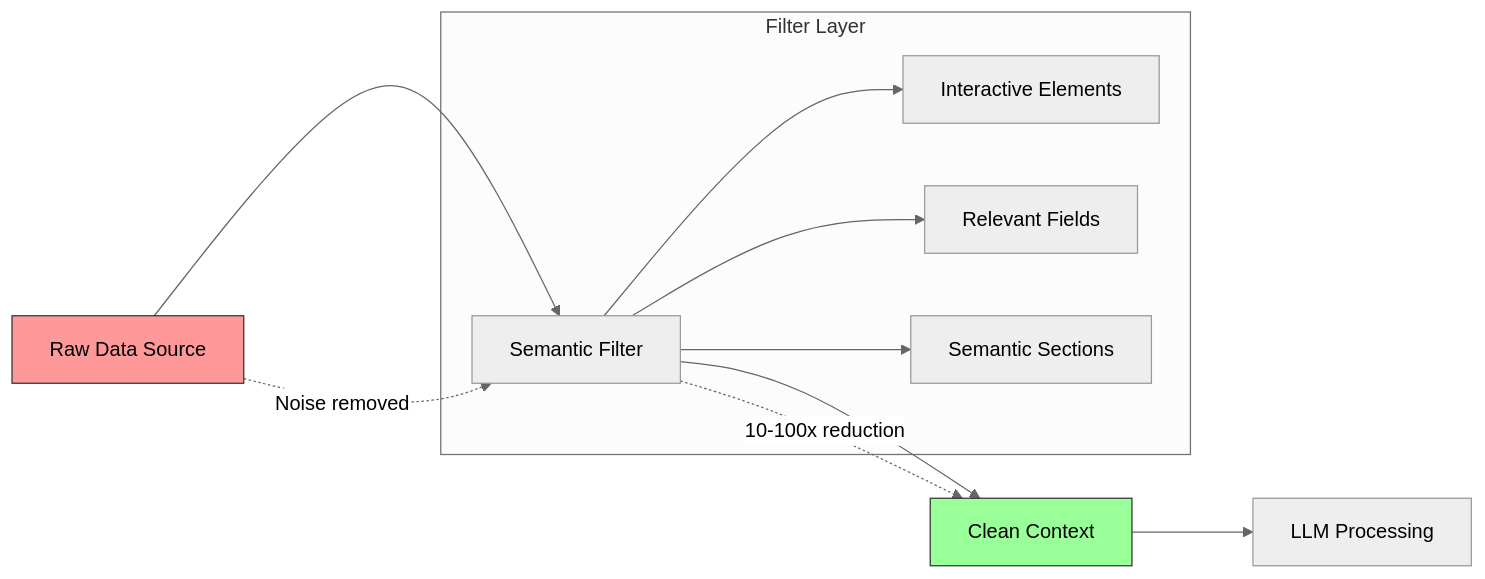
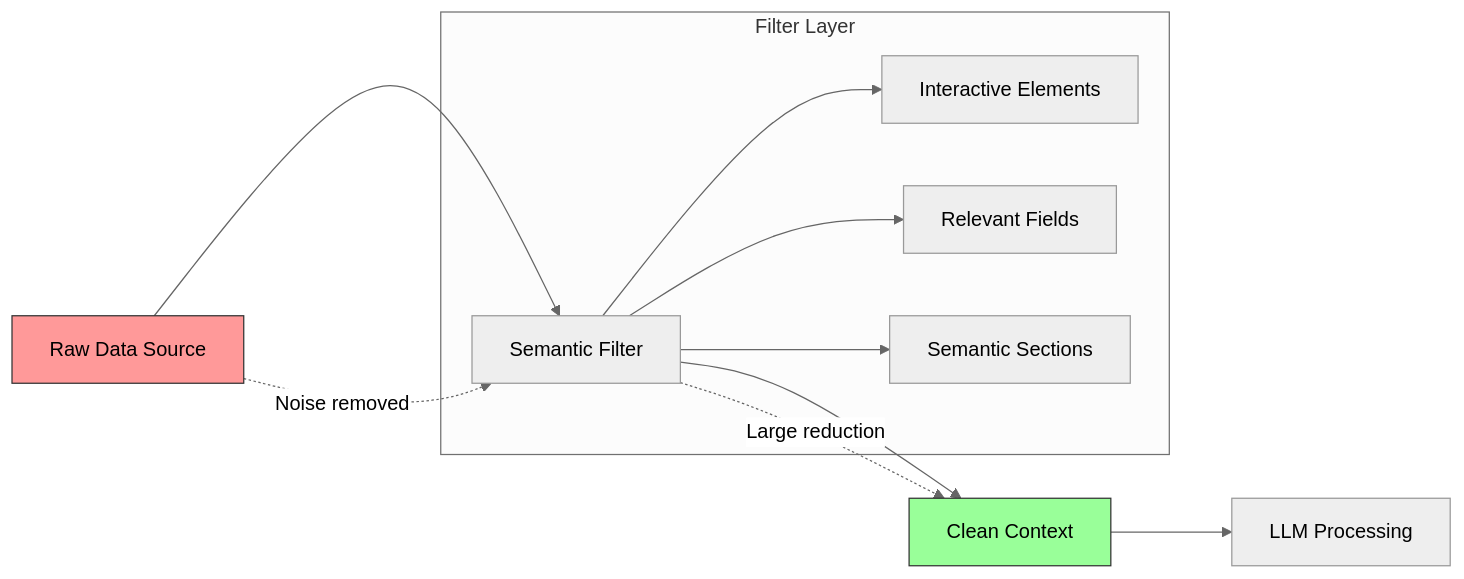
The diagram in patterns/semantic-context-filtering.md (nibzard/awesome-agentic-patterns), drawn with Mermaid (neutral theme) before and after one commit. The commit also changed other lines of this file and 66 other files, not shown here.

````diff
--- a/patterns/semantic-context-filtering.md
+++ b/patterns/semantic-context-filtering.md
@@ -236,19 +236,19 @@
 ```mermaid
 graph LR
     A[Raw Data Source] --> B[Semantic Filter]
     B --> C[Clean Context]
 
     subgraph "Filter Layer"
         B --> D[Interactive Elements]
         B --> E[Relevant Fields]
         B --> F[Semantic Sections]
     end
 
     C --> G[LLM Processing]
 
     A -. "Noise removed" .-> B
-    B -. "10-100x reduction" .-> C
+    B -. "Large reduction" .-> C
 
     style C fill:#9f9,stroke:#333
     style A fill:#f99,stroke:#333
 ```
````
